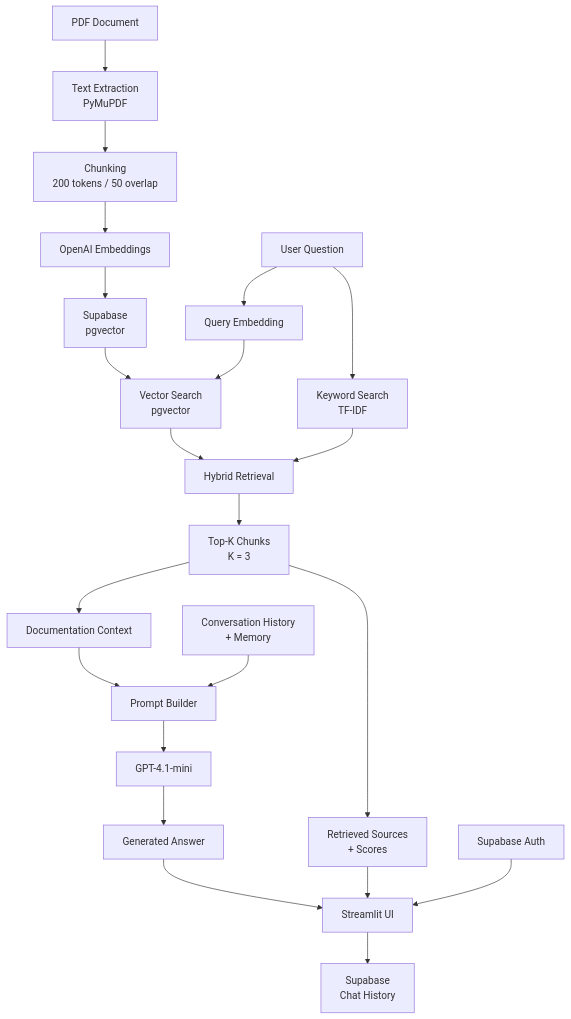
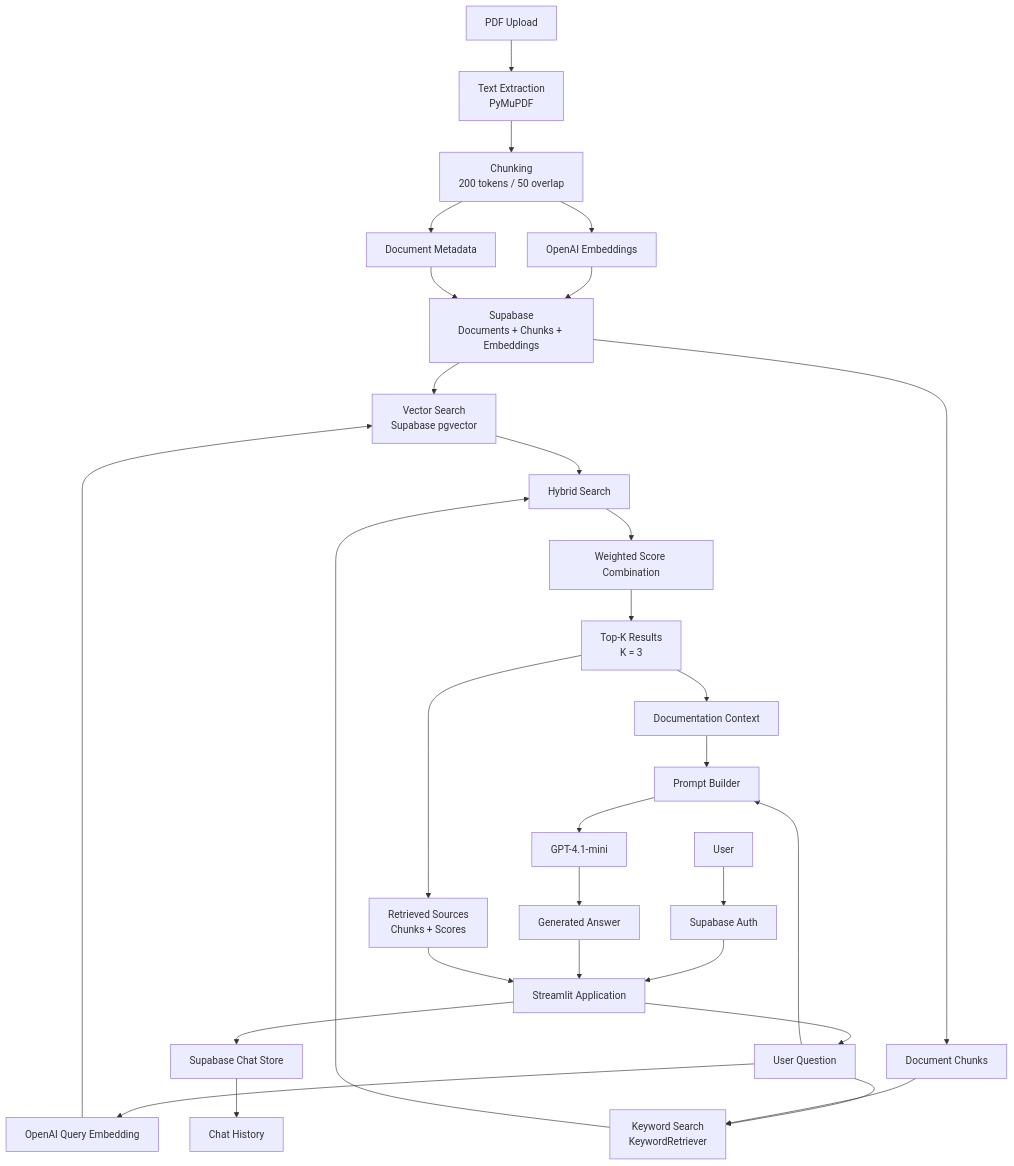
Before and after one commit to Piotr-Navalnyj/rag-ai-chatbot: the diagram in README.md, drawn with Mermaid.

````diff
--- a/README.md
+++ b/README.md
@@ -32,48 +32,79 @@
 ```mermaid
 flowchart TD
 
+    %% =========================
     %% DOCUMENT INGESTION
+    %% =========================
 
-    PDF[PDF Document] --> EX[Text Extraction<br/>PyMuPDF]
+    PDF[PDF Upload] --> EX[Text Extraction<br/>PyMuPDF]
     EX --> CH[Chunking<br/>200 tokens / 50 overlap]
     CH --> EMB[OpenAI Embeddings]
-    EMB --> DB[Supabase<br/>pgvector]
 
-    %% USER QUERY
+    CH --> DOC[Document Metadata]
+    EMB --> DB[Supabase<br/>Documents + Chunks + Embeddings]
+    DOC --> DB
 
-    U[User Question] --> QE[Query Embedding]
 
-    QE --> VS[Vector Search<br/>pgvector]
-    U --> KS[Keyword Search<br/>TF-IDF]
+    %% =========================
+    %% AUTHENTICATION
+    %% =========================
+
+    USER[User] --> AUTH[Supabase Auth]
+    AUTH --> UI[Streamlit Application]
+
+
+    %% =========================
+    %% QUERY / RETRIEVAL
+    %% =========================
+
+    UI --> Q[User Question]
+
+    Q --> QE[OpenAI Query Embedding]
+
+    QE --> VS[Vector Search<br/>Supabase pgvector]
+
+    Q --> KS[Keyword Search<br/>KeywordRetriever]
 
     DB --> VS
+    DB --> KC[Document Chunks]
+    KC --> KS
 
-    VS --> HY[Hybrid Retrieval]
+    VS --> HY[Hybrid Search]
     KS --> HY
 
-    HY --> TK[Top-K Chunks<br/>K = 3]
+    HY --> SCORE[Weighted Score Combination]
 
-    %% CONTEXT
+    SCORE --> TOP[Top-K Results<br/>K = 3]
 
-    TK --> DC[Documentation Context]
 
-    HIST[Conversation History<br/>+ Memory] --> PB[Prompt Builder]
-    DC --> PB
+    %% =========================
+    %% GENERATION
+    %% =========================
 
-    PB --> LLM[GPT-4.1-mini]
+    TOP --> CTX[Documentation Context]
 
+    CTX --> PROMPT[Prompt Builder]
+    Q --> PROMPT
+
+    PROMPT --> LLM[GPT-4.1-mini]
+
+    LLM --> ANSWER[Generated Answer]
+
+
+    %% =========================
     %% RESPONSE
+    %% =========================
 
-    LLM --> ANS[Generated Answer]
+    ANSWER --> UI
 
-    ANS --> UI[Streamlit UI]
+    TOP --> SOURCES[Retrieved Sources<br/>Chunks + Scores]
+    SOURCES --> UI
 
-    TK --> SRC[Retrieved Sources<br/>+ Scores]
-    SRC --> UI
 
-    UI --> CHAT[Supabase<br/>Chat History]
+    %% =========================
+    %% CHAT STORAGE
+    %% =========================
 
-    %% AUTH
-
-    AUTH[Supabase Auth] --> UI
+    UI --> CHAT[Supabase Chat Store]
+    CHAT --> HISTORY[Chat History]
 ```
````
